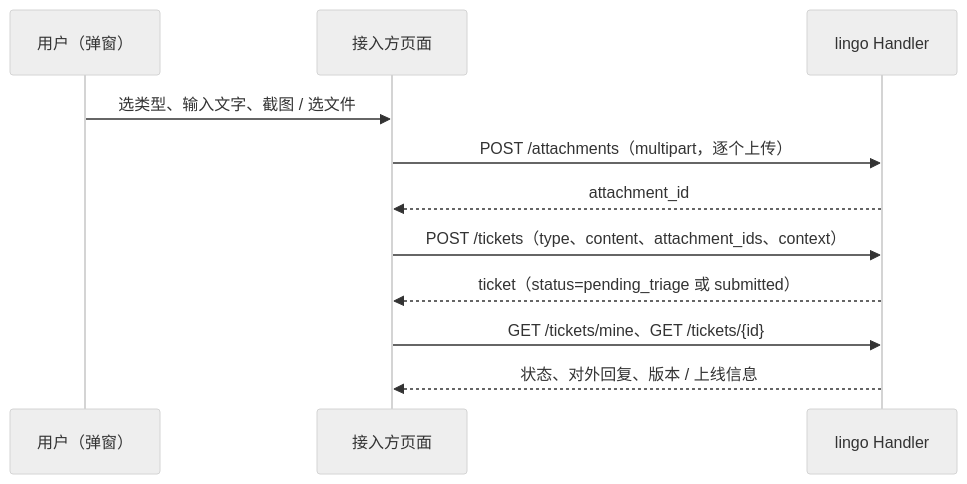
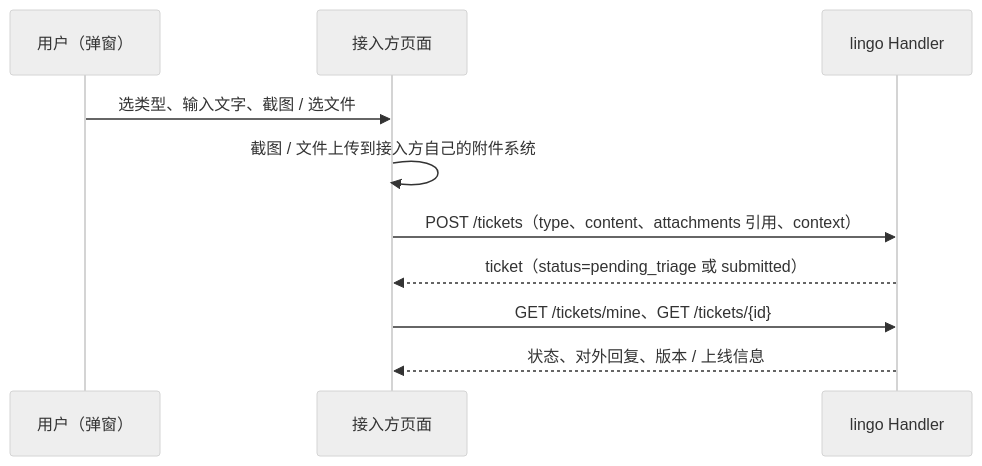
The sixth of 9 diagrams in docs/requirements/PRD.md (zhouhao4221/lingo), drawn with Mermaid before and after one commit. The commit also changed other lines of this file and 27 other files, not shown here.

````diff
--- a/docs/requirements/PRD.md
+++ b/docs/requirements/PRD.md
@@ -524,14 +525,13 @@
 ```mermaid
 %%{init: {'theme':'neutral'}}%%
 sequenceDiagram
   participant U as 用户（弹窗）
   participant H as 接入方页面
   participant L as lingo Handler
   U->>H: 选类型、输入文字、截图 / 选文件
-  H->>L: POST /attachments（multipart，逐个上传）
-  L-->>H: attachment_id
-  H->>L: POST /tickets（type、content、attachment_ids、context）
+  H->>H: 截图 / 文件上传到接入方自己的附件系统
+  H->>L: POST /tickets（type、content、attachments 引用、context）
   L-->>H: ticket（status=pending_triage 或 submitted）
   H->>L: GET /tickets/mine、GET /tickets/{id}
   L-->>H: 状态、对外回复、版本 / 上线信息
 ```
````
